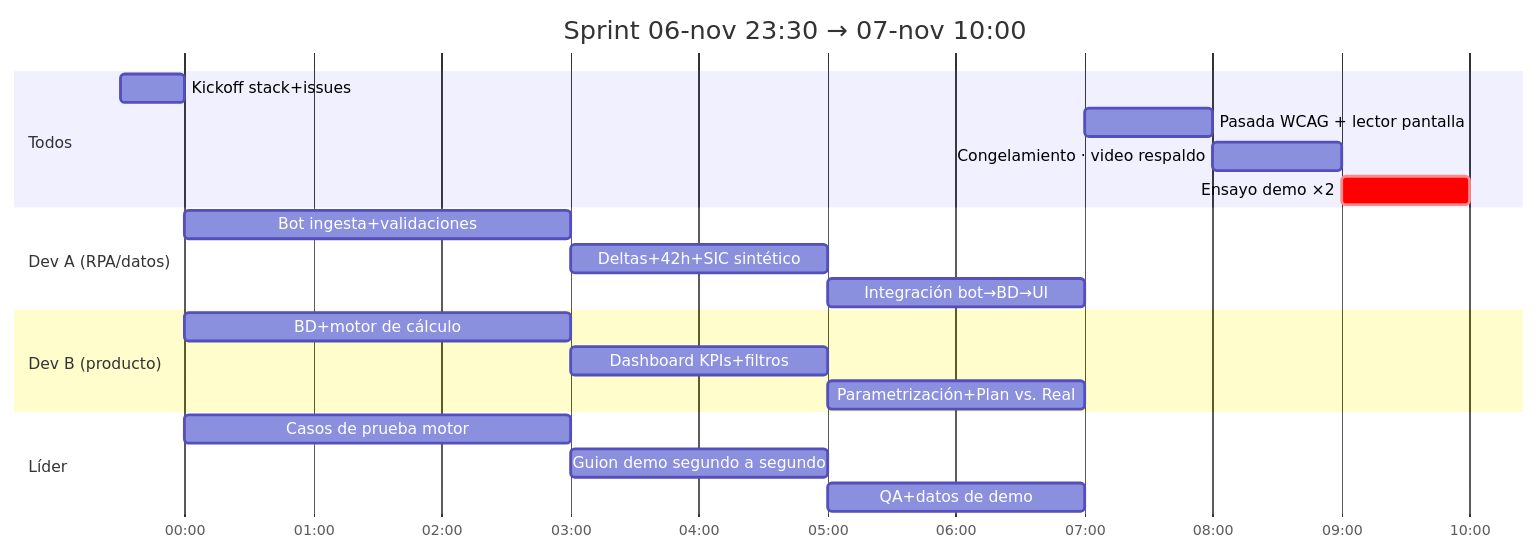
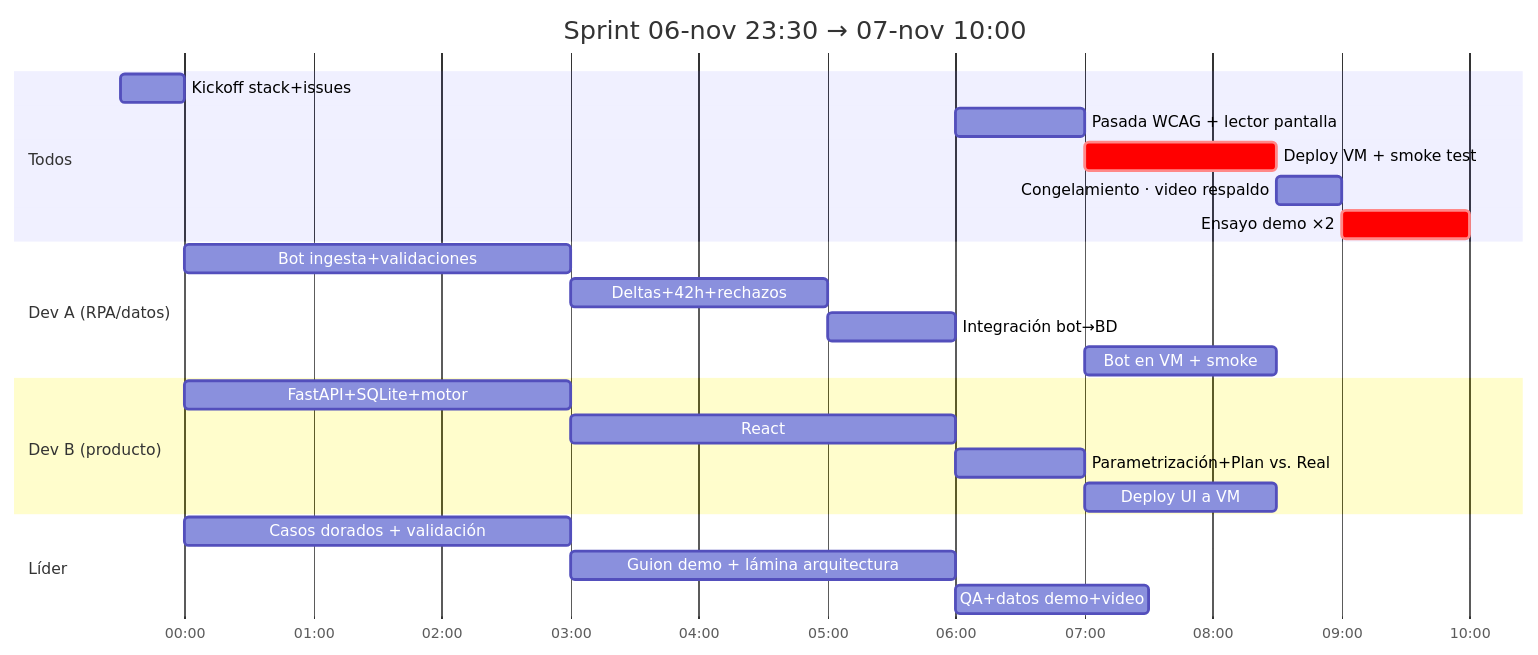
The third of 3 diagrams in README.md (HackTheWorld-Team/botathon-2026), drawn with Mermaid before and after one commit. The commit also changed other lines of this file and 2 other files, not shown here.

Commit message:
feat: decisiones D1-D9 aplicadas al README + casos dorados de validación del motor (10 casos reales, Duda 1 verificada)

````diff
--- a/README.md
+++ b/README.md
@@ -379,23 +383,26 @@
 ```mermaid
 gantt
     title Sprint 06-nov 23:30 → 07-nov 10:00
     dateFormat YYYY-MM-DD HH:mm
     axisFormat %H:%M
     section Todos
     Kickoff stack+issues            :k0, 2026-11-06 23:30, 30m
-    Pasada WCAG + lector pantalla   :k4, 2026-11-07 07:00, 1h
-    Congelamiento · video respaldo  :k5, 2026-11-07 08:00, 1h
+    Pasada WCAG + lector pantalla   :k4, 2026-11-07 06:00, 1h
+    Deploy VM + smoke test          :crit, k7, 2026-11-07 07:00, 90m
+    Congelamiento · video respaldo  :k5, 2026-11-07 08:30, 30m
     Ensayo demo ×2                  :crit, k6, 2026-11-07 09:00, 1h
     section Dev A (RPA/datos)
     Bot ingesta+validaciones        :a1, 2026-11-07 00:00, 3h
-    Deltas+42h+SIC sintético        :a2, 2026-11-07 03:00, 2h
-    Integración bot→BD→UI           :a3, 2026-11-07 05:00, 2h
+    Deltas+42h+rechazos             :a2, 2026-11-07 03:00, 2h
+    Integración bot→BD              :a3, 2026-11-07 05:00, 1h
+    Bot en VM + smoke               :a4, 2026-11-07 07:00, 90m
     section Dev B (producto)
-    BD+motor de cálculo             :b1, 2026-11-07 00:00, 3h
-    Dashboard KPIs+filtros          :b2, 2026-11-07 03:00, 2h
-    Parametrización+Plan vs. Real   :b3, 2026-11-07 05:00, 2h
+    FastAPI+SQLite+motor            :b1, 2026-11-07 00:00, 3h
+    React: KPIs+filtros             :b2, 2026-11-07 03:00, 3h
+    Parametrización+Plan vs. Real   :b3, 2026-11-07 06:00, 1h
+    Deploy UI a VM                  :b4, 2026-11-07 07:00, 90m
     section Líder
-    Casos de prueba motor           :l1, 2026-11-07 00:00, 3h
-    Guion demo segundo a segundo    :l2, 2026-11-07 03:00, 2h
-    QA+datos de demo                :l3, 2026-11-07 05:00, 2h
+    Casos dorados + validación      :l1, 2026-11-07 00:00, 3h
+    Guion demo + lámina arquitectura :l2, 2026-11-07 03:00, 3h
+    QA+datos demo+video             :l3, 2026-11-07 06:00, 90m
 ```
````
